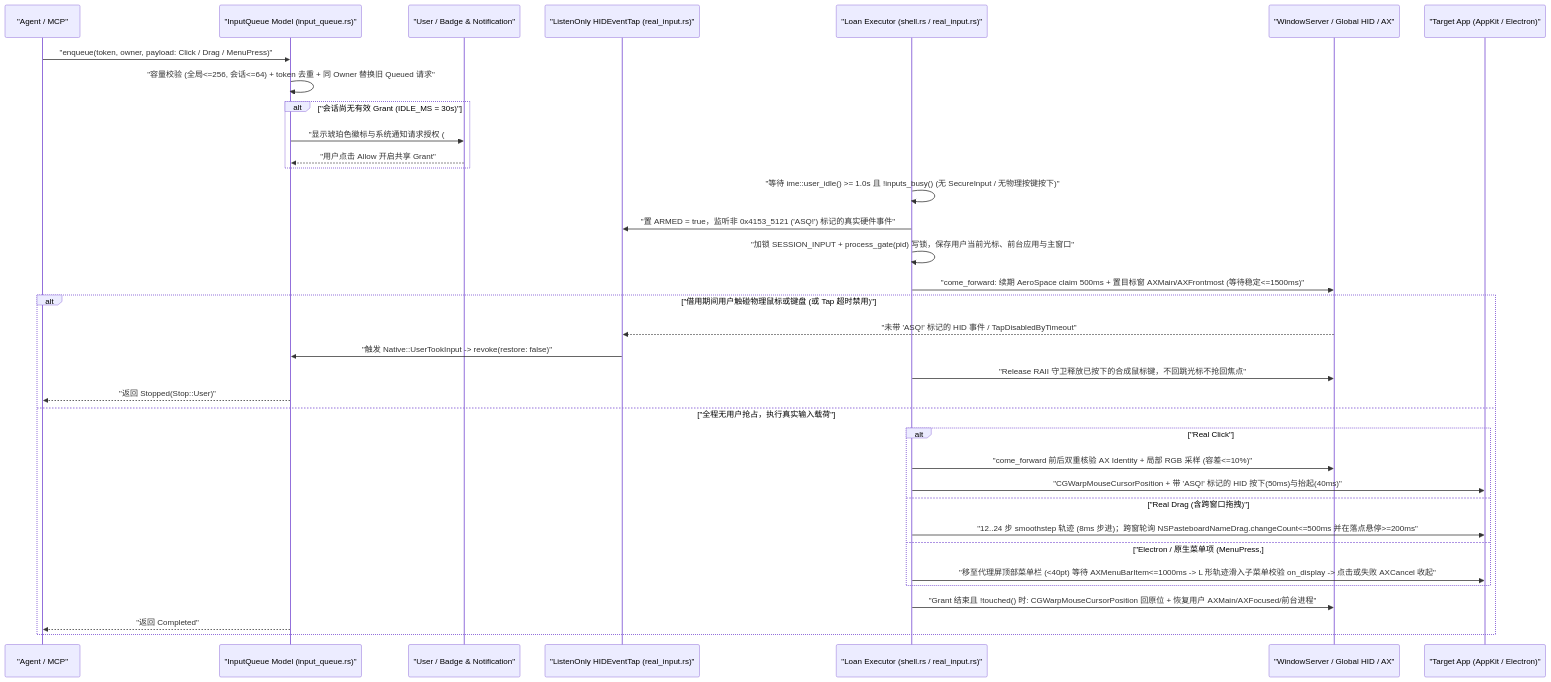
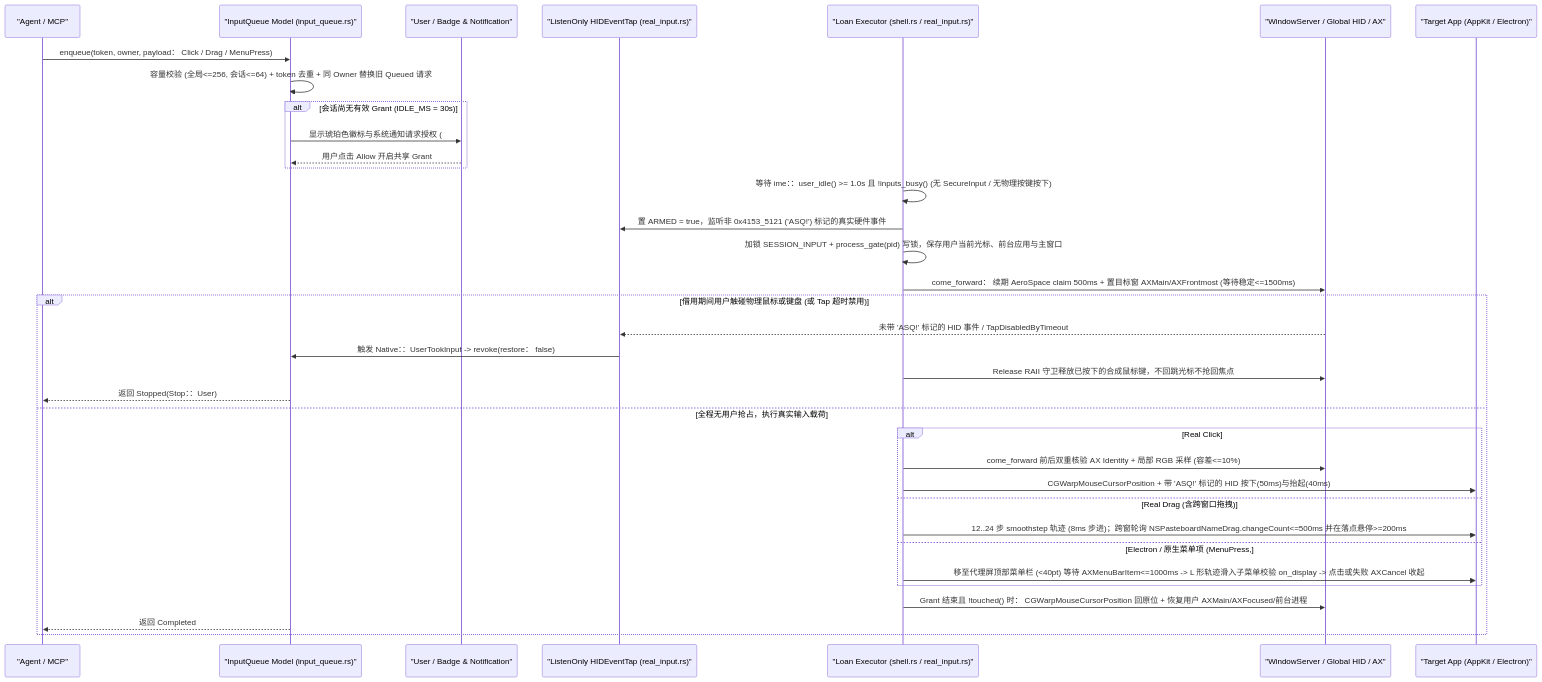
Before and after one commit to Fanzzzd/agent-screen: the diagram in docs/flows/06-input-queue-and-real-input.md, drawn with Mermaid. The commit also changed 14 other files, not shown here.

Commit message:
The flow maps' Mermaid labels drop quotes, semicolons and inner colons, which stopped four diagrams from rendering

````diff
--- a/docs/flows/06-input-queue-and-real-input.md
+++ b/docs/flows/06-input-queue-and-real-input.md
@@ -7,39 +7,39 @@
 ```mermaid
 sequenceDiagram
     participant MCP as "Agent / MCP"
     participant Q as "InputQueue Model (input_queue.rs)"
     participant UI as "User / Badge & Notification"
     participant Tap as "ListenOnly HIDEventTap (real_input.rs)"
     participant Exec as "Loan Executor (shell.rs / real_input.rs)"
     participant WS as "WindowServer / Global HID / AX"
     participant Target as "Target App (AppKit / Electron)"
 
-    MCP->>Q: "enqueue(token, owner, payload: Click / Drag / MenuPress)"
-    Q->>Q: "容量校验 (全局<=256, 会话<=64) + token 去重 + 同 Owner 替换旧 Queued 请求"
-    alt "会话尚无有效 Grant (IDLE_MS = 30s)"
-        Q->>UI: "显示琥珀色徽标与系统通知请求授权 (#206, 排队期不亮全屏红框)"
-        UI-->>Q: "用户点击 Allow 开启共享 Grant"
+    MCP->>Q : enqueue(token, owner, payload： Click / Drag / MenuPress)
+    Q->>Q : 容量校验 (全局<=256, 会话<=64) + token 去重 + 同 Owner 替换旧 Queued 请求
+    alt 会话尚无有效 Grant (IDLE_MS = 30s)
+        Q->>UI : 显示琥珀色徽标与系统通知请求授权 (#206, 排队期不亮全屏红框)
+        UI-->>Q : 用户点击 Allow 开启共享 Grant
     end
-    Exec->>Exec: "等待 ime::user_idle() >= 1.0s 且 !inputs_busy() (无 SecureInput / 无物理按键按下)"
-    Exec->>Tap: "置 ARMED = true，监听非 0x4153_5121 ('ASQ!') 标记的真实硬件事件"
-    Exec->>Exec: "加锁 SESSION_INPUT + process_gate(pid) 写锁，保存用户当前光标、前台应用与主窗口"
-    Exec->>WS: "come_forward: 续期 AeroSpace claim 500ms + 置目标窗 AXMain/AXFrontmost (等待稳定<=1500ms)"
+    Exec->>Exec : 等待 ime：：user_idle() >= 1.0s 且 !inputs_busy() (无 SecureInput / 无物理按键按下)
+    Exec->>Tap : 置 ARMED = true，监听非 0x4153_5121 ('ASQ!') 标记的真实硬件事件
+    Exec->>Exec : 加锁 SESSION_INPUT + process_gate(pid) 写锁，保存用户当前光标、前台应用与主窗口
+    Exec->>WS : come_forward： 续期 AeroSpace claim 500ms + 置目标窗 AXMain/AXFrontmost (等待稳定<=1500ms)
 
-    alt "借用期间用户触碰物理鼠标或键盘 (或 Tap 超时禁用)"
-        WS-->>Tap: "未带 'ASQ!' 标记的 HID 事件 / TapDisabledByTimeout"
-        Tap->>Q: "触发 Native::UserTookInput -> revoke(restore: false)"
-        Exec->>WS: "Release RAII 守卫释放已按下的合成鼠标键，不回跳光标不抢回焦点"
-        Q-->>MCP: "返回 Stopped(Stop::User)"
-    else "全程无用户抢占，执行真实输入载荷"
-        alt "Real Click"
-            Exec->>WS: "come_forward 前后双重核验 AX Identity + 局部 RGB 采样 (容差<=10%)"
-            Exec->>Target: "CGWarpMouseCursorPosition + 带 'ASQ!' 标记的 HID 按下(50ms)与抬起(40ms)"
-        else "Real Drag (含跨窗口拖拽)"
-            Exec->>Target: "12..24 步 smoothstep 轨迹 (8ms 步进)；跨窗轮询 NSPasteboardNameDrag.changeCount<=500ms 并在落点悬停>=200ms"
-        else "Electron / 原生菜单项 (MenuPress, #39)"
-            Exec->>Target: "移至代理屏顶部菜单栏 (<40pt) 等待 AXMenuBarItem<=1000ms -> L 形轨迹滑入子菜单校验 on_display -> 点击或失败 AXCancel 收起"
+    alt 借用期间用户触碰物理鼠标或键盘 (或 Tap 超时禁用)
+        WS-->>Tap : 未带 'ASQ!' 标记的 HID 事件 / TapDisabledByTimeout
+        Tap->>Q : 触发 Native：：UserTookInput -> revoke(restore： false)
+        Exec->>WS : Release RAII 守卫释放已按下的合成鼠标键，不回跳光标不抢回焦点
+        Q-->>MCP : 返回 Stopped(Stop：：User)
+    else 全程无用户抢占，执行真实输入载荷
+        alt Real Click
+            Exec->>WS : come_forward 前后双重核验 AX Identity + 局部 RGB 采样 (容差<=10%)
+            Exec->>Target : CGWarpMouseCursorPosition + 带 'ASQ!' 标记的 HID 按下(50ms)与抬起(40ms)
+        else Real Drag (含跨窗口拖拽)
+            Exec->>Target : 12..24 步 smoothstep 轨迹 (8ms 步进)；跨窗轮询 NSPasteboardNameDrag.changeCount<=500ms 并在落点悬停>=200ms
+        else Electron / 原生菜单项 (MenuPress, #39)
+            Exec->>Target : 移至代理屏顶部菜单栏 (<40pt) 等待 AXMenuBarItem<=1000ms -> L 形轨迹滑入子菜单校验 on_display -> 点击或失败 AXCancel 收起
         end
-        Exec->>WS: "Grant 结束且 !touched() 时: CGWarpMouseCursorPosition 回原位 + 恢复用户 AXMain/AXFocused/前台进程"
-        Q-->>MCP: "返回 Completed"
+        Exec->>WS : Grant 结束且 !touched() 时： CGWarpMouseCursorPosition 回原位 + 恢复用户 AXMain/AXFocused/前台进程
+        Q-->>MCP : 返回 Completed
     end
 ```
````
